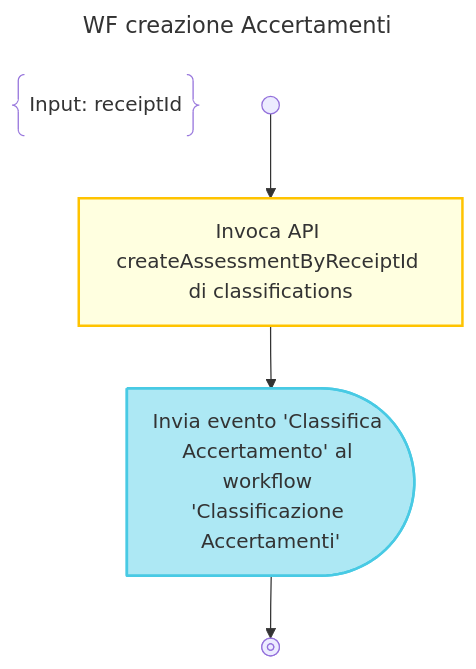
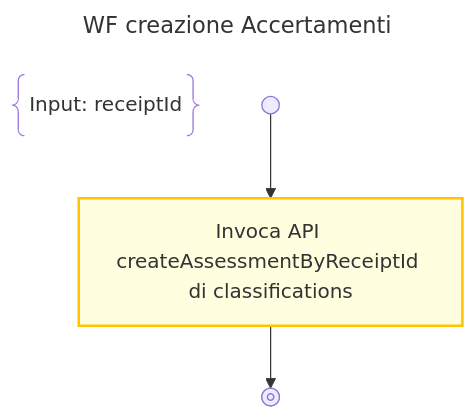
One commit to pagopa/p4pa-doc changed the diagram in design/workflow/accertamenti/wf_createAssessments.mmd. Above: the diagram before and after it, drawn with Mermaid. The commit also changed 1 other file, not shown here.

Commit message:
feat: createAssessmentWF will not more explicitly invoke assessmentClassificationWF

```diff
--- a/design/workflow/accertamenti/wf_createAssessments.mmd
+++ b/design/workflow/accertamenti/wf_createAssessments.mmd
@@ -1,16 +1,14 @@
 ---
 config:
   theme: default
   look: classic
 title: WF creazione Accertamenti
 ---
 flowchart TD
     DESCRIPTION@{ shape: braces, label: "Input: receiptId" }
 
     START@{shape: start} -->
     CREATE_ASSESSMENT:::activity@{label: "Invoca API createAssessmentByReceiptId di classifications"} -->
-    SIGNAL_ASSESSMENT:::send-signal@{shape: delay, label: "Invia evento 'Classifica Accertamento' al workflow 'Classificazione Accertamenti'"} -->
     END@{shape: stop}
 
     classDef activity fill:#FFFFE0, stroke:#ffc300, stroke-width:2px;
-    classDef send-signal fill:#ade8f4, stroke:#48cae4, stroke-width:2px
```
